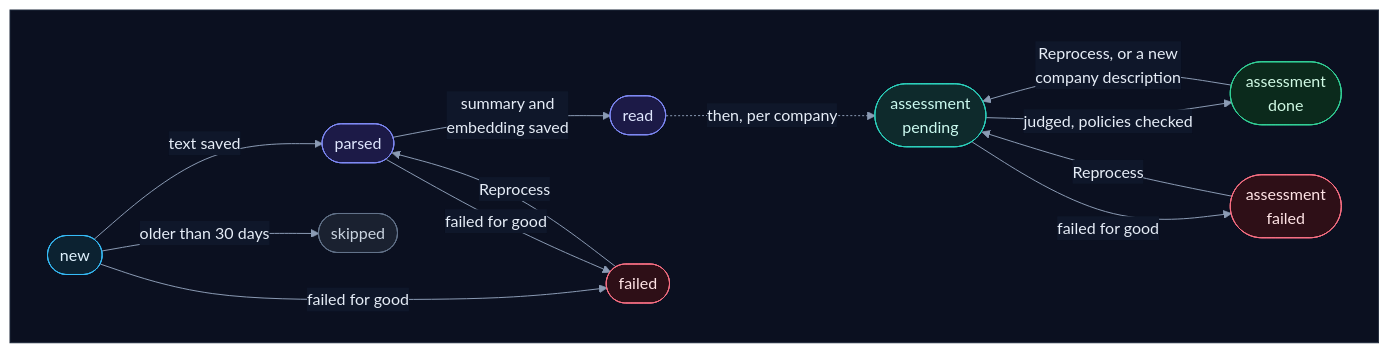
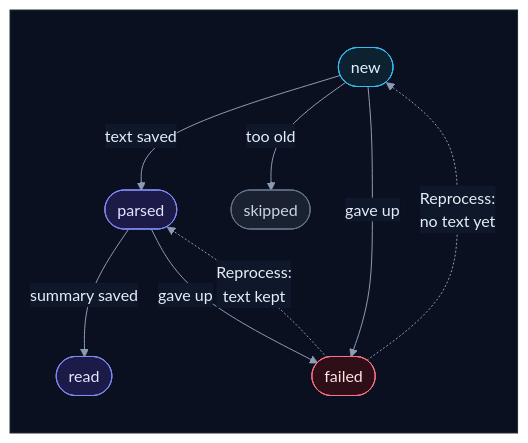
Before and after one commit to selvakumarperumal/Regulatory_Circular_Impact_Agent: diagram 13 of 18 in how_the_worker_works.md, drawn with Mermaid. The commit also changed other lines of this file and 2 other files, not shown here.

First line of the commit message:
Explain how tasks are owned, skipped, failed and run again

````diff
--- a/how_the_worker_works.md
+++ b/how_the_worker_works.md
@@ -680,36 +827,29 @@
 ```mermaid
 %%{init: {"theme": "base", "flowchart": {"diagramPadding": 0}, "themeVariables": {"darkMode": true, "primaryColor": "#16213a", "primaryTextColor": "#e6edf7", "primaryBorderColor": "#475a7a", "lineColor": "#8b9bb4", "secondaryColor": "#1b2436", "tertiaryColor": "#101a2e", "edgeLabelBackground": "#0f172a", "textColor": "#e2e8f0", "clusterBkg": "#0f1728", "clusterBorder": "#2b3a55", "titleColor": "#c4b5fd", "nodeTextColor": "#e6edf7"}}}%%
-flowchart LR
+flowchart TD
     subgraph canvas[" "]
-        direction LR
+        direction TB
         c_new(["new"]) -->|"text saved"| c_parsed(["parsed"])
-        c_parsed -->|"summary and<br/>embedding saved"| c_read(["read"])
-        c_new -->|"older than 30 days"| c_skipped(["skipped"])
-        c_new -->|"failed for good"| c_failed(["failed"])
-        c_parsed -->|"failed for good"| c_failed
-        c_failed -->|"Reprocess"| c_parsed
-        c_read -.->|"then, per company"| a_pending(["assessment<br/>pending"])
-        a_pending -->|"judged, policies checked"| a_done(["assessment<br/>done"])
-        a_pending -->|"failed for good"| a_failed(["assessment<br/>failed"])
-        a_done -->|"Reprocess, or a new<br/>company description"| a_pending
-        a_failed -->|"Reprocess"| a_pending
+        c_parsed -->|"summary saved"| c_read(["read"])
+        c_new -->|"too old"| c_skipped(["skipped"])
+        c_new -->|"gave up"| c_failed(["failed"])
+        c_parsed -->|"gave up"| c_failed
+        c_failed -.->|"Reprocess:<br/>no text yet"| c_new
+        c_failed -.->|"Reprocess:<br/>text kept"| c_parsed
     end
     classDef svc fill:#0e2a2c,stroke:#2dd4bf,color:#ccfbf1
     classDef data fill:#1c1a47,stroke:#818cf8,color:#e0e7ff
     classDef ext fill:#2a1640,stroke:#c084fc,color:#f3e8ff
     classDef gpu fill:#2d1b0c,stroke:#fb923c,color:#ffedd5
     classDef ask fill:#2a2410,stroke:#fbbf24,color:#fef3c7
     classDef ok fill:#0b2a1c,stroke:#34d399,color:#d1fae5
     classDef bad fill:#2e0f17,stroke:#fb7185,color:#ffe4e6
     classDef start fill:#1c2a0e,stroke:#a7ef6f,color:#ecfccb
     classDef muted fill:#1a2130,stroke:#64748b,color:#cbd5e1
     classDef queue fill:#0c2231,stroke:#38bdf8,color:#e0f2fe
-    class c_new queued
+    class c_new queue
     class c_parsed,c_read data
-    class c_failed,a_failed bad
+    class c_failed bad
     class c_skipped muted
-    class a_pending svc
-    class a_done ok
-    classDef queued fill:#0c2231,stroke:#38bdf8,color:#e0f2fe
     style canvas fill:#0b1020,stroke:#1e293b,color:#0b1020
 ```
````
